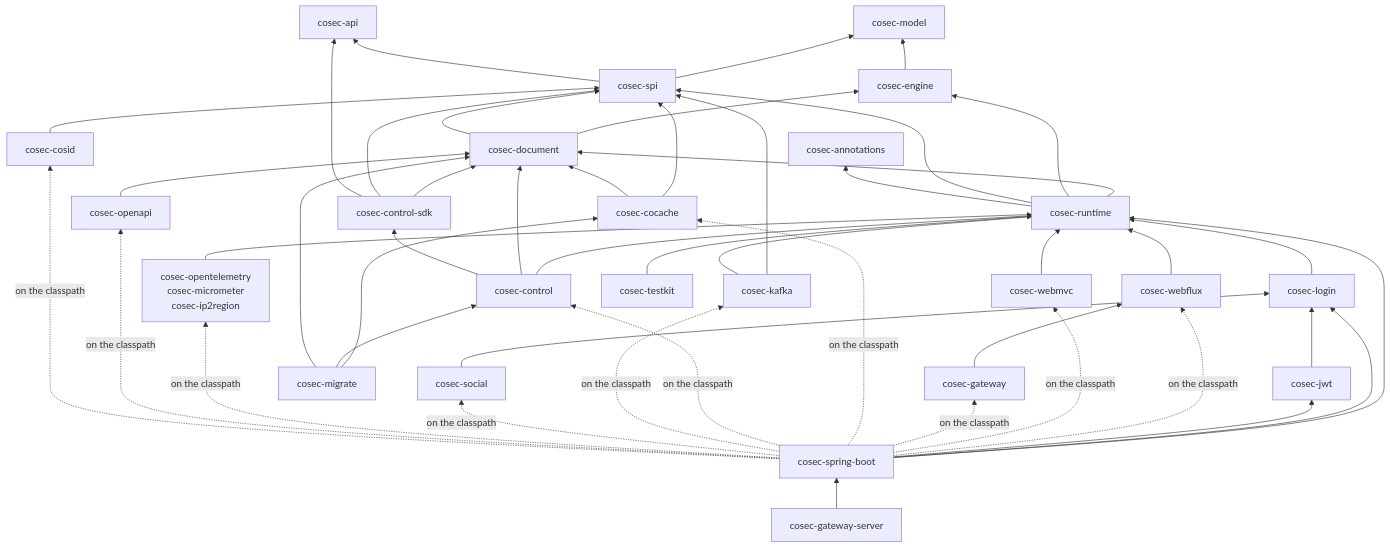
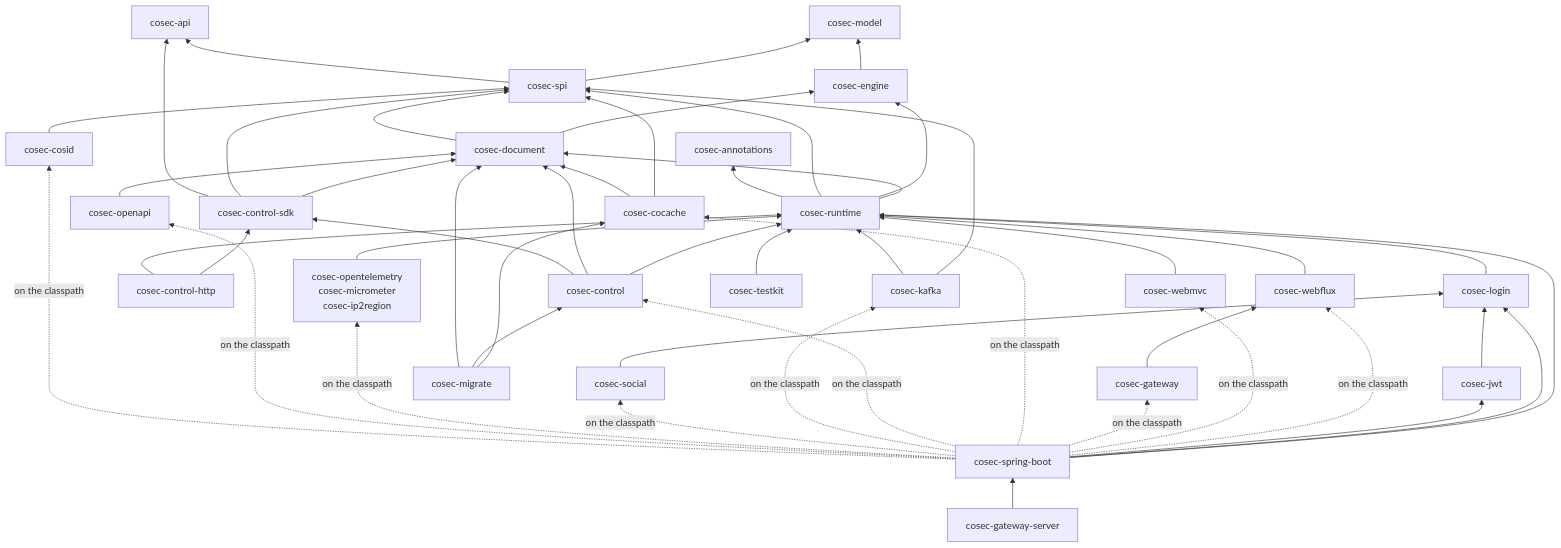
The first of 3 diagrams in wiki/architecture/overview.md (Ahoo-Wang/CoSec), drawn with Mermaid before and after one commit. The commit also changed other lines of this file and 83 other files, not shown here.

````diff
--- a/wiki/architecture/overview.md
+++ b/wiki/architecture/overview.md
@@ -37,28 +37,29 @@
 ```mermaid
 flowchart BT
     annotations[cosec-annotations]
     api[cosec-api]
     model[cosec-model]
     engine[cosec-engine] --> model
     spi[cosec-spi] --> model & api
     document[cosec-document] --> engine & spi
     runtime[cosec-runtime] --> document & engine & spi & annotations
     controlsdk[cosec-control-sdk] --> document & spi & api
     control[cosec-control] --> runtime & document & controlsdk
+    controlhttp[cosec-control-http] --> controlsdk & runtime
     cocache[cosec-cocache] --> spi & document
     kafka[cosec-kafka] --> spi & runtime
     login[cosec-login] --> runtime
     jwt[cosec-jwt] --> login
     social[cosec-social] --> login
     openapi[cosec-openapi] --> document
     listeners[cosec-opentelemetry<br>cosec-micrometer<br>cosec-ip2region] --> runtime
     cosid[cosec-cosid] --> spi
     webflux[cosec-webflux] --> runtime
     webmvc[cosec-webmvc] --> runtime
     gateway[cosec-gateway] --> webflux
     starter[cosec-spring-boot] --> runtime & login & jwt
     starter -. on the classpath .-> webflux & webmvc & gateway & cocache & control & kafka & social & listeners & openapi & cosid
     migrate[cosec-migrate] --> cocache & control & document
     testkit[cosec-testkit] --> runtime
     server[cosec-gateway-server] --> starter
 ```
````
